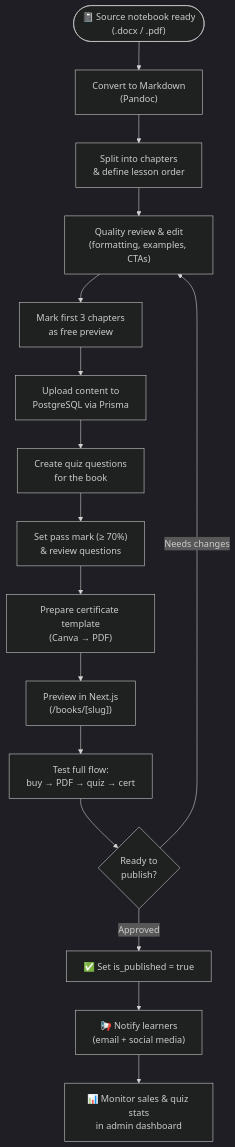
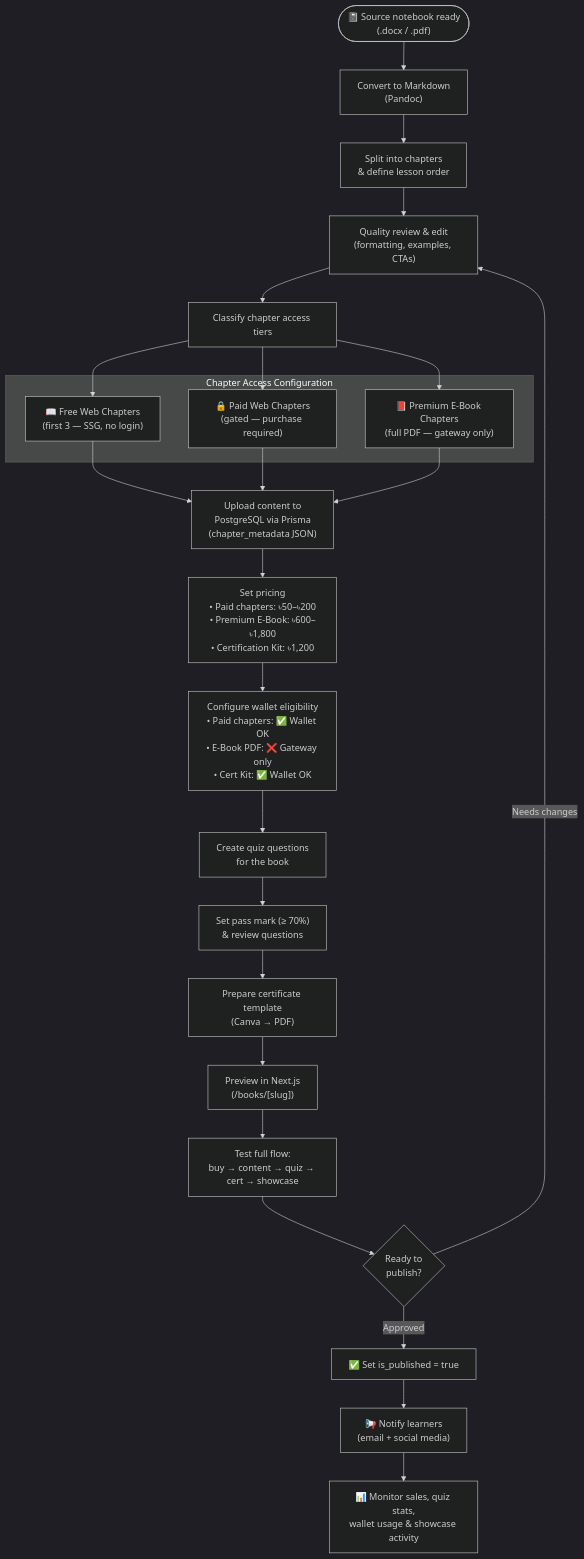
The diagram in diagrams/08-course-lesson-management.md (SagarBiswas-MultiHAT/academy), drawn with Mermaid (dark theme) before and after one commit. The commit also changed other lines of this file and 15 other files, not shown here.

Commit message:
docs: add architectural diagrams, visual assets, and update project documentation

````diff
--- a/diagrams/08-course-lesson-management.md
+++ b/diagrams/08-course-lesson-management.md
@@ -5,20 +5,40 @@
 ```mermaid
 flowchart TD
     start(["📓 Source notebook ready\n(.docx / .pdf)"]) --> convert["Convert to Markdown\n(Pandoc)"]
     convert --> structure["Split into chapters\n& define lesson order"]
     structure --> edit["Quality review & edit\n(formatting, examples, CTAs)"]
-    edit --> free_preview["Mark first 3 chapters\nas free preview"]
-    free_preview --> upload["Upload content to\nPostgreSQL via Prisma"]
 
-    upload --> quiz_create["Create quiz questions\nfor the book"]
+    edit --> classify["Classify chapter access tiers"]
+
+    subgraph tiers["Chapter Access Configuration"]
+        free_ch["📖 Free Web Chapters\n(first 3 — SSG, no login)"]
+        paid_ch["🔒 Paid Web Chapters\n(gated — purchase required)"]
+        pdf_ch["📕 Premium E-Book Chapters\n(full PDF — gateway only)"]
+    end
+
+    classify --> free_ch
+    classify --> paid_ch
+    classify --> pdf_ch
+
+    free_ch --> upload
+    paid_ch --> upload
+    pdf_ch --> upload
+
+    upload["Upload content to\nPostgreSQL via Prisma\n(chapter_metadata JSON)"]
+
+    upload --> pricing["Set pricing\n• Paid chapters: ৳50–৳200\n• Premium E-Book: ৳600–৳1,800\n• Certification Kit: ৳1,200"]
+
+    pricing --> wallet_config["Configure wallet eligibility\n• Paid chapters: ✅ Wallet OK\n• E-Book PDF: ❌ Gateway only\n• Cert Kit: ✅ Wallet OK"]
+
+    wallet_config --> quiz_create["Create quiz questions\nfor the book"]
     quiz_create --> quiz_review["Set pass mark (≥ 70%)\n& review questions"]
     quiz_review --> cert_template["Prepare certificate template\n(Canva → PDF)"]
 
     cert_template --> preview["Preview in Next.js\n(/books/[slug])"]
-    preview --> test["Test full flow:\nbuy → PDF → quiz → cert"]
+    preview --> test["Test full flow:\nbuy → content → quiz → cert → showcase"]
     test --> publish{"Ready to\npublish?"}
     publish -- "Needs changes" --> edit
     publish -- "Approved" --> go_live["✅ Set is_published = true"]
     go_live --> notify["📢 Notify learners\n(email + social media)"]
-    notify --> monitor["📊 Monitor sales & quiz stats\nin admin dashboard"]
+    notify --> monitor["📊 Monitor sales, quiz stats,\nwallet usage & showcase activity"]
 ```
````
